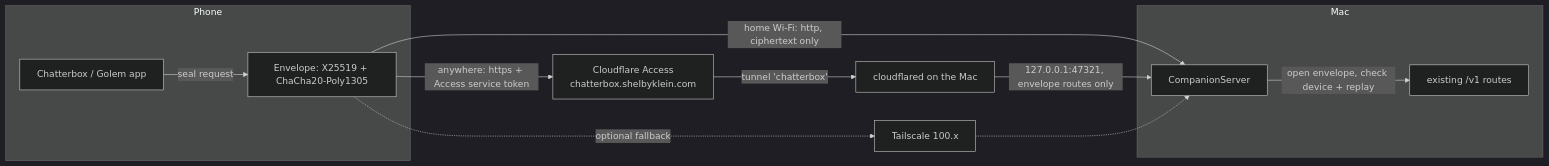
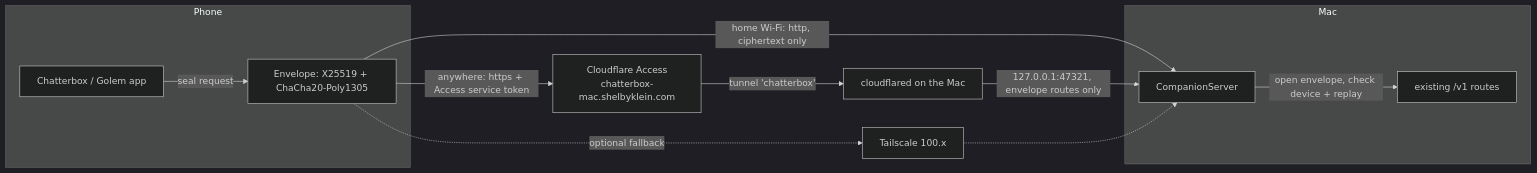
The diagram in design/mobile-encryption-tunnel/plan.md (shelbyklein/chatterbox), drawn with Mermaid (dark theme) before and after one commit. The commit also changed other lines of this file and 8 other files, not shown here.

First line of the commit message:
Publish the website at chatterbox.shelbyklein.com

````diff
--- a/design/mobile-encryption-tunnel/plan.md
+++ b/design/mobile-encryption-tunnel/plan.md
@@ -49,13 +51,13 @@
 ```mermaid
 flowchart LR
   subgraph Phone
     A[Chatterbox / Golem app] -->|seal request| E1[Envelope: X25519 + ChaCha20-Poly1305]
   end
   E1 -->|home Wi-Fi: http, ciphertext only| S
-  E1 -->|anywhere: https + Access service token| CF[Cloudflare Access\nchatterbox.shelbyklein.com]
+  E1 -->|anywhere: https + Access service token| CF[Cloudflare Access\nchatterbox-mac.shelbyklein.com]
   CF -->|tunnel 'chatterbox'| CD[cloudflared on the Mac] -->|127.0.0.1:47321, envelope routes only| S
   E1 -.->|optional fallback| TS[Tailscale 100.x] -.-> S
   subgraph Mac
     S[CompanionServer] -->|open envelope, check device + replay| R[existing /v1 routes]
   end
 ```
````
